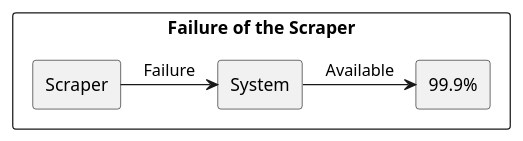
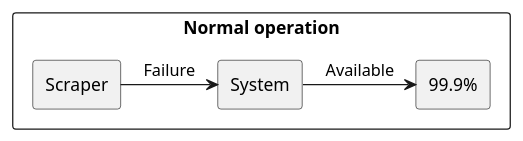
The ninth of 12 diagrams in src/sa/model/index.md (USI-MSDE-SA-2023/sa--christelle00), drawn with PlantUML before and after one commit. The commit also changed other lines of this file, not shown here.

Commit message:
add correction

````diff
--- a/src/sa/model/index.md
+++ b/src/sa/model/index.md
@@ -332,20 +332,20 @@
 ```puml
 @startuml
 
 skinparam componentStyle rectangle
 skinparam monochrome true
 skinparam shadowing false
 
-rectangle "Failure of the Scraper" {
+rectangle "Normal operation" {
 
 rectangle "Scraper" as Source
 rectangle "99.9%" as Measure
 
 Source -> [System] : "Failure"
 
 [System] -> [Measure] : "Available"
 
 }
 
 @enduml
 ```
````
